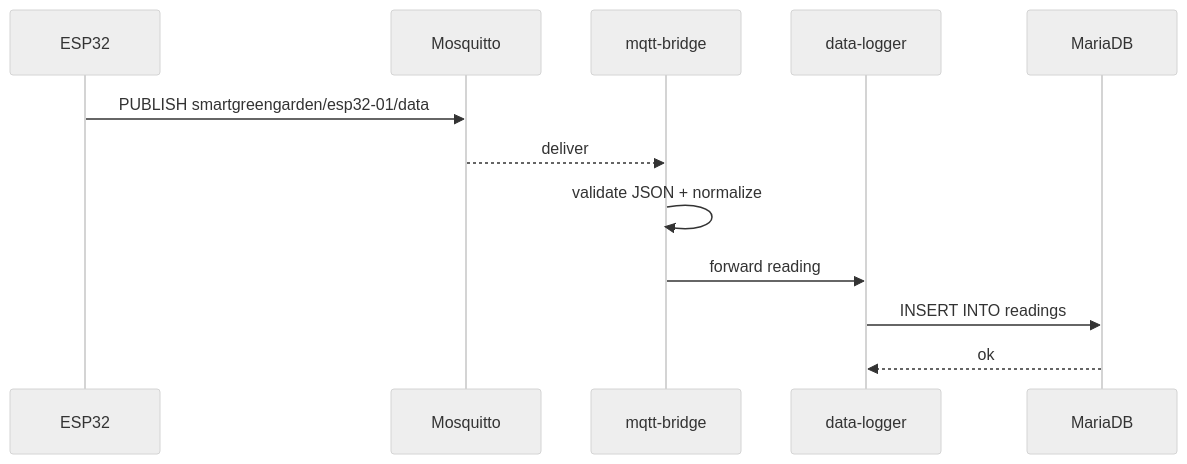
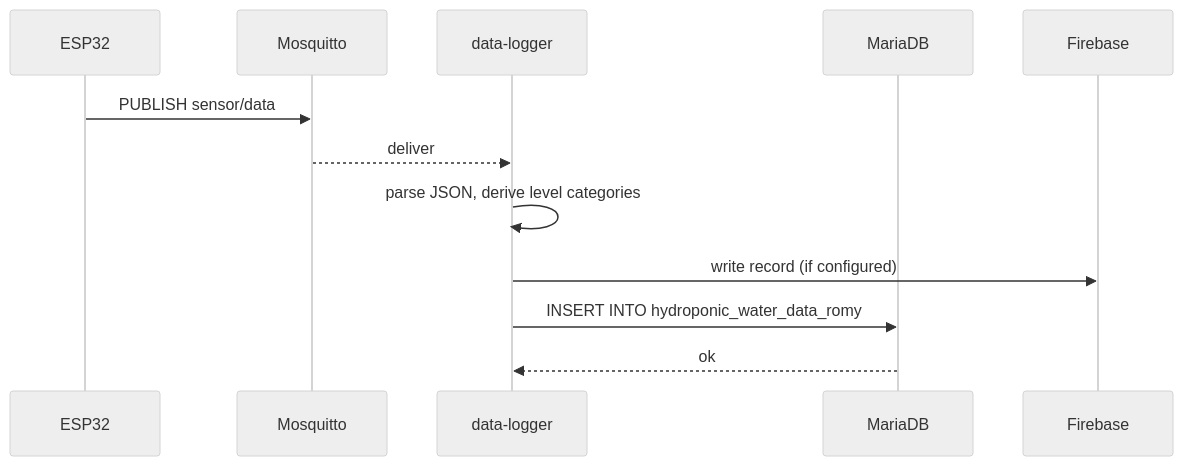
The second of 3 diagrams in docs/architecture.md (livinglab-source/Romyadhy), drawn with Mermaid (neutral theme) before and after one commit. The commit also changed other lines of this file and 31 other files, not shown here.

First line of the commit message:
docs: add data-logger, remove mqtt-bridge

````diff
--- a/docs/architecture.md
+++ b/docs/architecture.md
@@ -56,15 +58,15 @@
 ```mermaid
 sequenceDiagram
   participant E as ESP32
   participant M as Mosquitto
-  participant B as mqtt-bridge
   participant L as data-logger
   participant D as MariaDB
+  participant F as Firebase
 
-  E->>M: PUBLISH smartgreengarden/esp32-01/data
-  M-->>B: deliver
-  B->>B: validate JSON + normalize
-  B->>L: forward reading
-  L->>D: INSERT INTO readings
+  E->>M: PUBLISH sensor/data
+  M-->>L: deliver
+  L->>L: parse JSON, derive level categories
+  L->>F: write record (if configured)
+  L->>D: INSERT INTO hydroponic_water_data_romy
   D-->>L: ok
 ```
````
